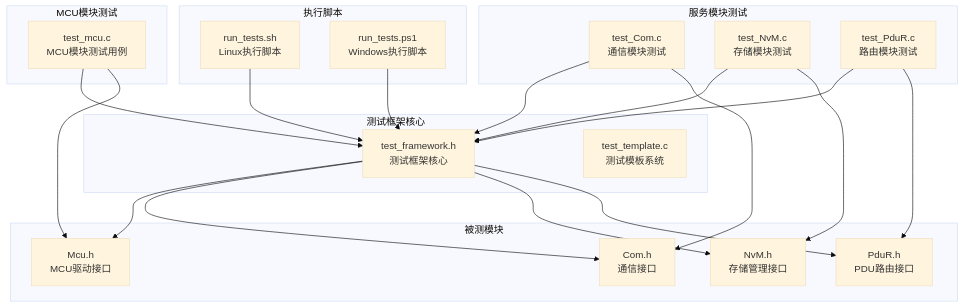
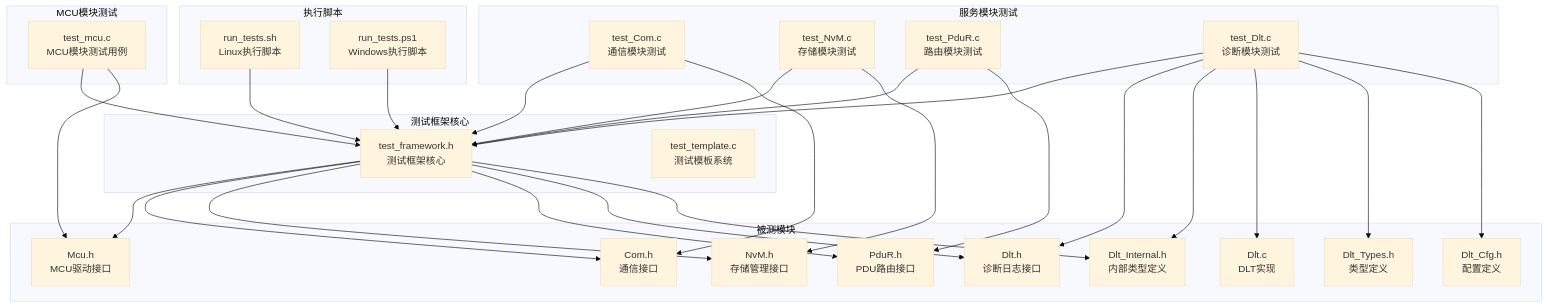
Before and after one commit to frisky1985/yuleASR: the first of 14 diagrams in .qoder/repowiki/zh/content/测试策略/单元测试框架.md, drawn with Mermaid (base theme). The commit also changed other lines of this file and 4 other files, not shown here.

````diff
--- a/.qoder/repowiki/zh/content/测试策略/单元测试框架.md
+++ b/.qoder/repowiki/zh/content/测试策略/单元测试框架.md
@@ -57,39 +65,53 @@
 ```mermaid
 graph TB
 subgraph "测试框架核心"
 TF[test_framework.h<br/>测试框架核心]
 TT[test_template.c<br/>测试模板系统]
 end
 subgraph "MCU模块测试"
 TM[test_mcu.c<br/>MCU模块测试用例]
 end
 subgraph "服务模块测试"
 TC[test_Com.c<br/>通信模块测试]
 TN[test_NvM.c<br/>存储模块测试]
 TP[test_PduR.c<br/>路由模块测试]
+TD[test_Dlt.c<br/>诊断模块测试]
 end
 subgraph "执行脚本"
 SH[run_tests.sh<br/>Linux执行脚本]
 PS[run_tests.ps1<br/>Windows执行脚本]
 end
 subgraph "被测模块"
 MH[Mcu.h<br/>MCU驱动接口]
 CH[Com.h<br/>通信接口]
 NH[NvM.h<br/>存储管理接口]
 PH[PduR.h<br/>PDU路由接口]
+DH[Dlt.h<br/>诊断日志接口]
+DT[Dlt_Internal.h<br/>内部类型定义]
+DC[Dlt.c<br/>DLT实现]
+DCT[Dlt_Types.h<br/>类型定义]
+DCC[Dlt_Cfg.h<br/>配置定义]
 end
 TF --> MH
 TF --> CH
 TF --> NH
 TF --> PH
+TF --> DH
+TF --> DT
 TM --> TF
 TM --> MH
 TC --> TF
 TC --> CH
 TN --> TF
 TN --> NH
 TP --> TF
 TP --> PH
+TD --> TF
+TD --> DH
+TD --> DT
+TD --> DC
+TD --> DCT
+TD --> DCC
 SH --> TF
 PS --> TF
 ```
````
